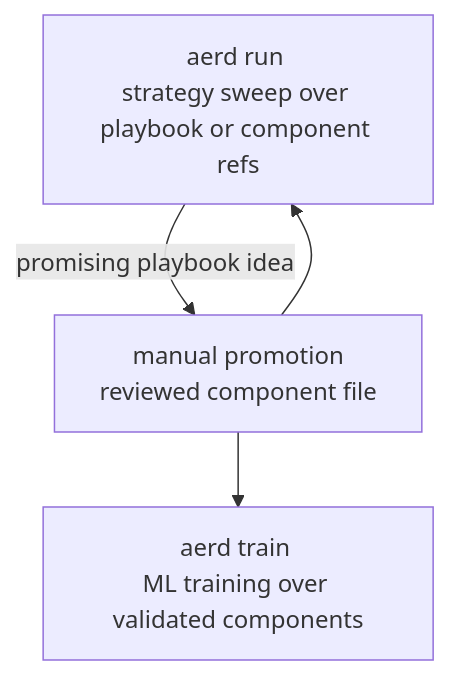
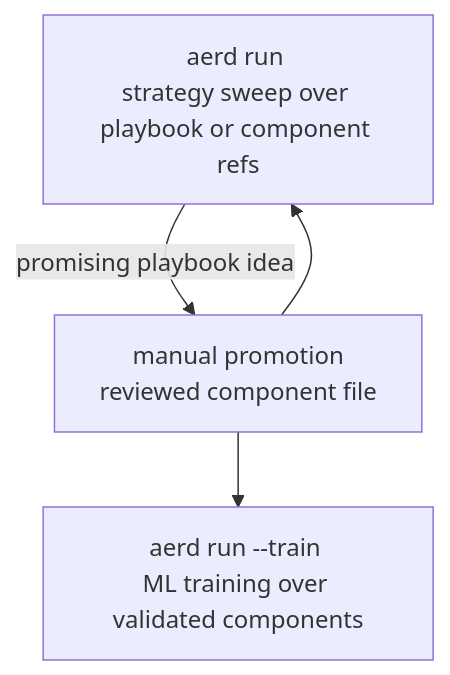
One commit to madebymlai/aegis changed the diagram in docs/brainstorms/2026-05-18-research-playbook-component-workflow-requirements.md. Above: the diagram before and after it, drawn with Mermaid. The commit also changed other lines of this file and 30 other files, not shown here.

Commit message:
fix(research): fold training into run mode

````diff
--- a/docs/brainstorms/2026-05-18-research-playbook-component-workflow-requirements.md
+++ b/docs/brainstorms/2026-05-18-research-playbook-component-workflow-requirements.md
@@ -20,10 +20,10 @@
 ```mermaid
 flowchart TB
     Run["aerd run <config>\nstrategy sweep over playbook or component refs"]
     Promote["manual promotion\nreviewed component file"]
-    Train["aerd train <config>\nML training over validated components"]
+    Train["aerd run --train <config>\nML training over validated components"]
 
     Run -->|promising playbook idea| Promote
     Promote --> Run
     Promote --> Train
 ```
````
